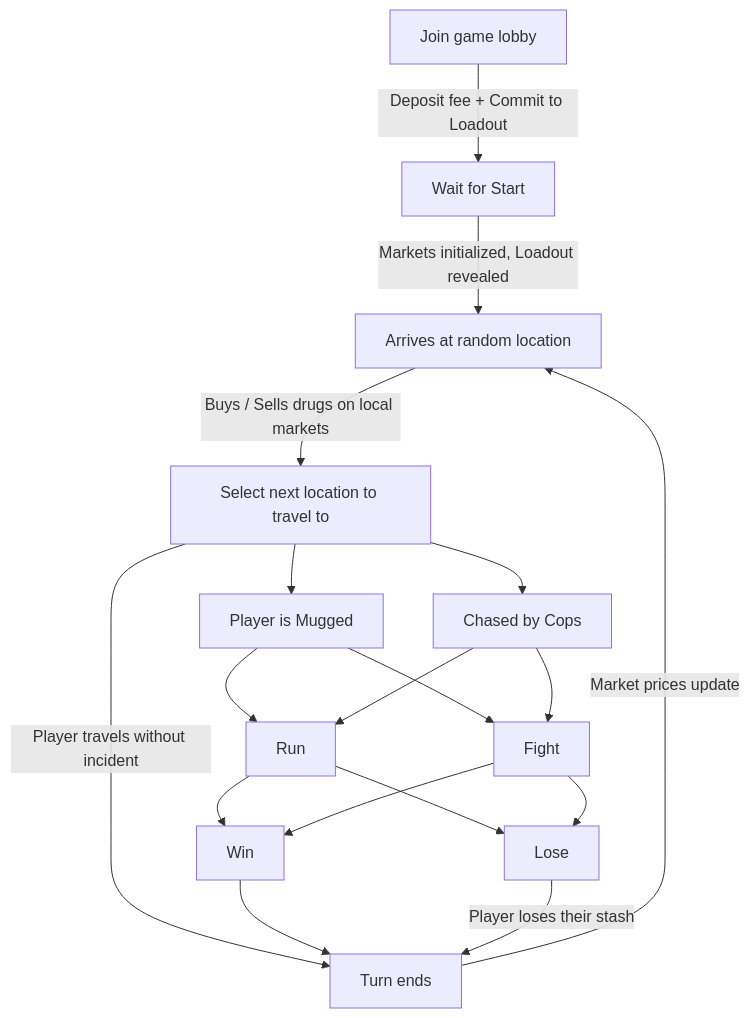
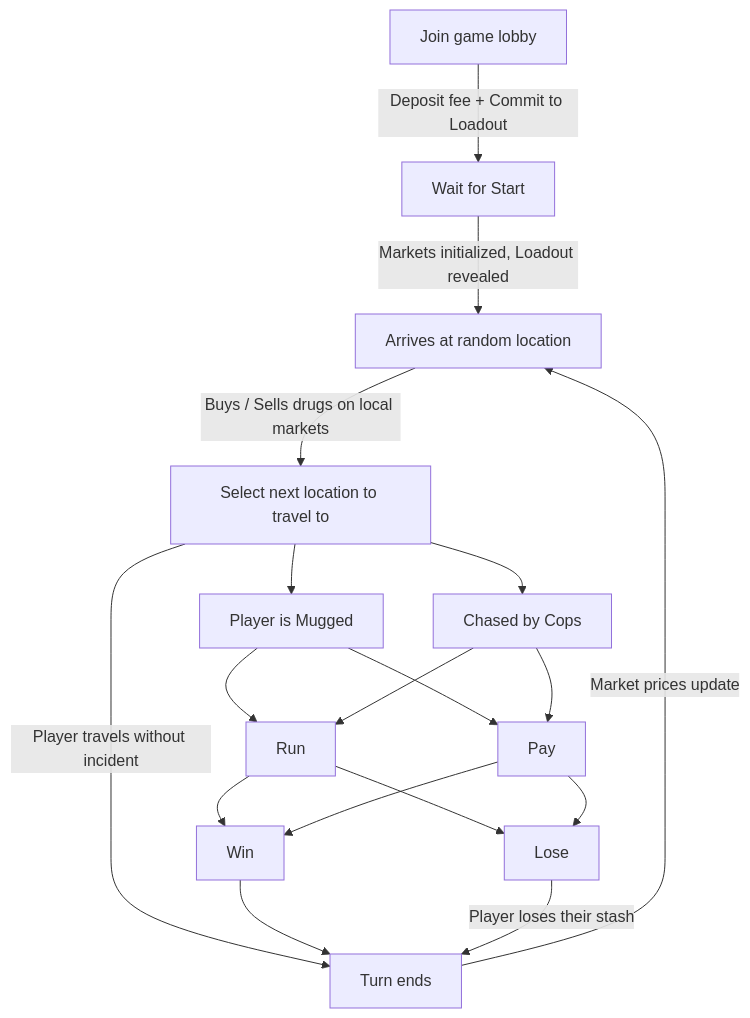
One commit to cartridge-gg/dopewars changed the diagram in README.md. Above: the diagram before and after it, drawn with Mermaid. The commit also changed 16 other files, not shown here.

````diff
--- a/README.md
+++ b/README.md
@@ -58,19 +58,19 @@
 ```mermaid
 flowchart TD
     A[Join game lobby] -->|Deposit fee + Commit to Loadout| B[Wait for Start]
     B --> |Markets initialized, Loadout revealed|C[Arrives at random location]
     C --> |Buys / Sells drugs on local markets|D[Select next location to travel to]
     D --> |Player travels without incident|END[Turn ends]
     D --> F[Player is Mugged]
-    F --> F1[Fight]
+    F --> F1[Pay]
     F --> F2[Run]
     F2 --> F12[Win] --> END
     F2 --> L[Lose]
     L --> |Player loses their stash|END
     D --> G[Chased by Cops]
-    G --> F1[Fight]
+    G --> F1[Pay]
     G --> F2[Run]
     F1 --> F12
     F1 --> L
     END --> |Market prices update|C
 ```
````
